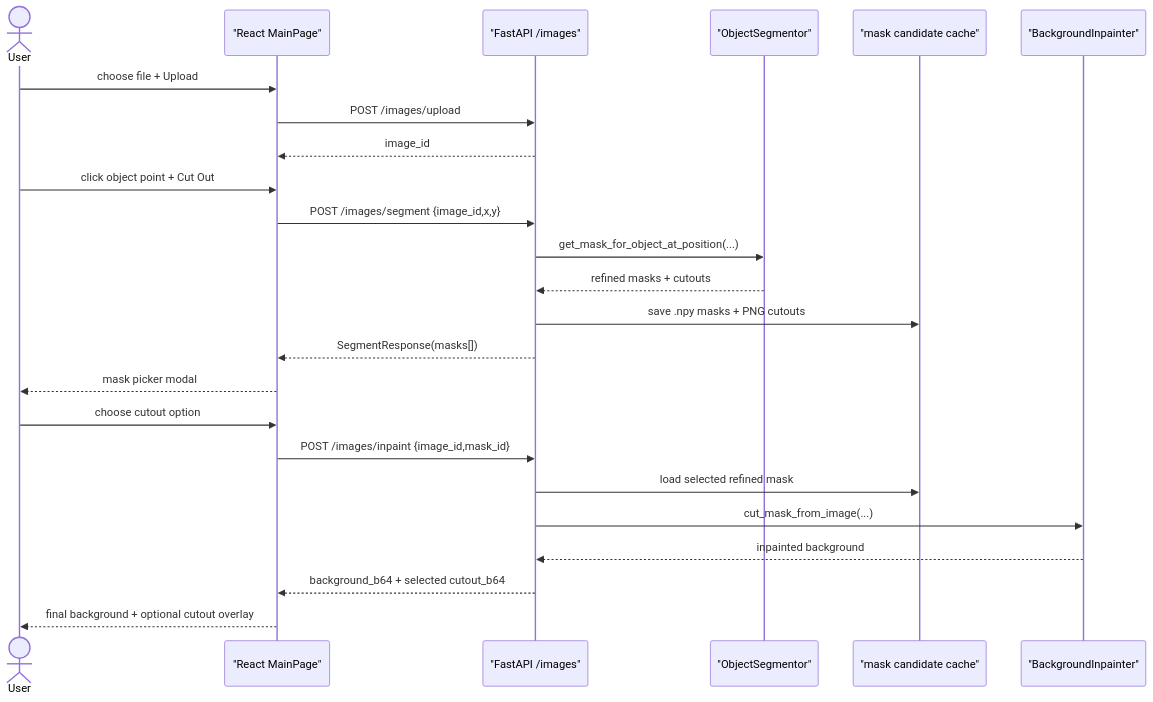
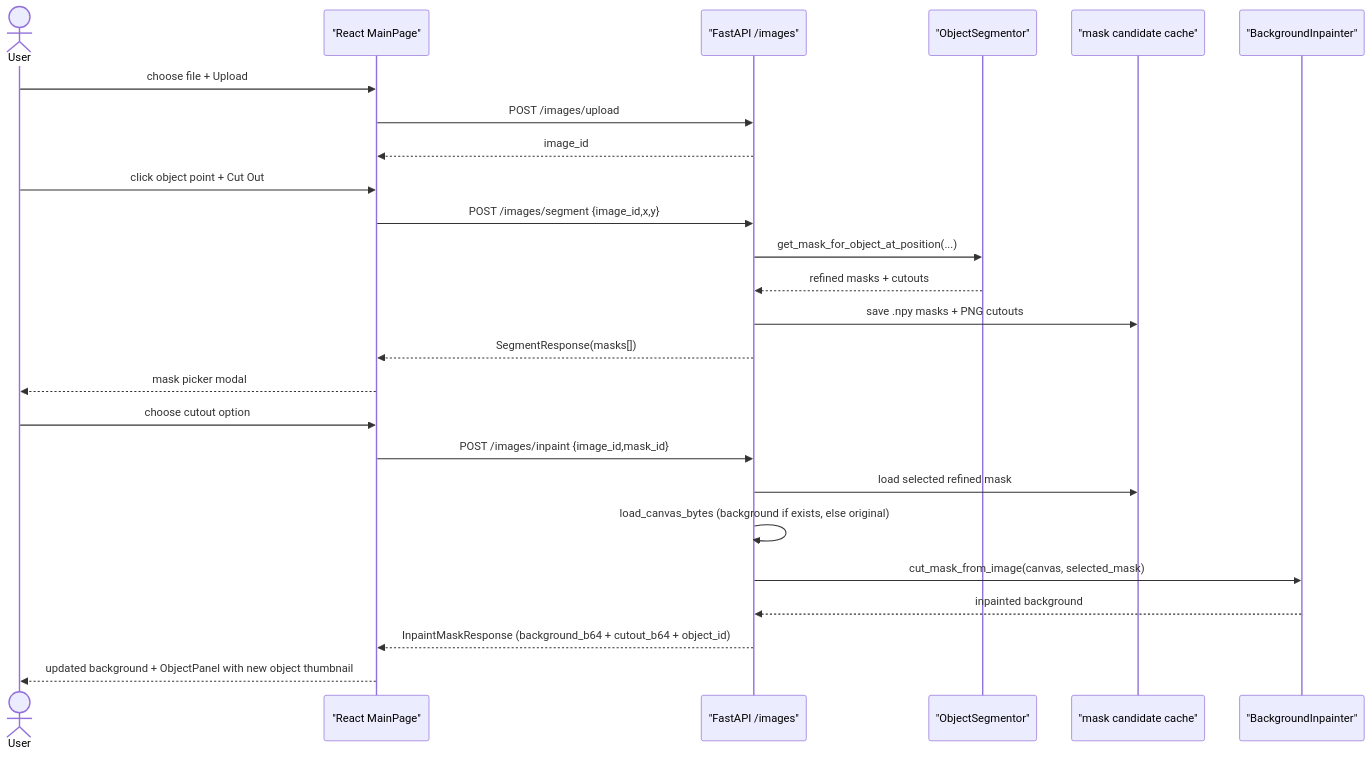
One commit to 1mache/avroom changed the diagram in docs/data-flow.md. Above: the diagram before and after it, drawn with Mermaid. The commit also changed other lines of this file and 15 other files, not shown here.

````diff
--- a/docs/data-flow.md
+++ b/docs/data-flow.md
@@ -5,29 +5,30 @@
 ```mermaid
 sequenceDiagram
     actor User
     participant UI as "React MainPage"
     participant API as "FastAPI /images"
     participant Segmentor as "ObjectSegmentor"
     participant Cache as "mask candidate cache"
     participant Inpainter as "BackgroundInpainter"
 
     User->>UI: choose file + Upload
     UI->>API: POST /images/upload
     API-->>UI: image_id
 
     User->>UI: click object point + Cut Out
     UI->>API: POST /images/segment {image_id,x,y}
     API->>Segmentor: get_mask_for_object_at_position(...)
     Segmentor-->>API: refined masks + cutouts
     API->>Cache: save .npy masks + PNG cutouts
     API-->>UI: SegmentResponse(masks[])
 
     UI-->>User: mask picker modal
     User->>UI: choose cutout option
     UI->>API: POST /images/inpaint {image_id,mask_id}
     API->>Cache: load selected refined mask
-    API->>Inpainter: cut_mask_from_image(...)
+    API->>API: load_canvas_bytes (background if exists, else original)
+    API->>Inpainter: cut_mask_from_image(canvas, selected_mask)
     Inpainter-->>API: inpainted background
-    API-->>UI: background_b64 + selected cutout_b64
-    UI-->>User: final background + optional cutout overlay
+    API-->>UI: InpaintMaskResponse (background_b64 + cutout_b64 + object_id)
+    UI-->>User: updated background + ObjectPanel with new object thumbnail
 ```
````
